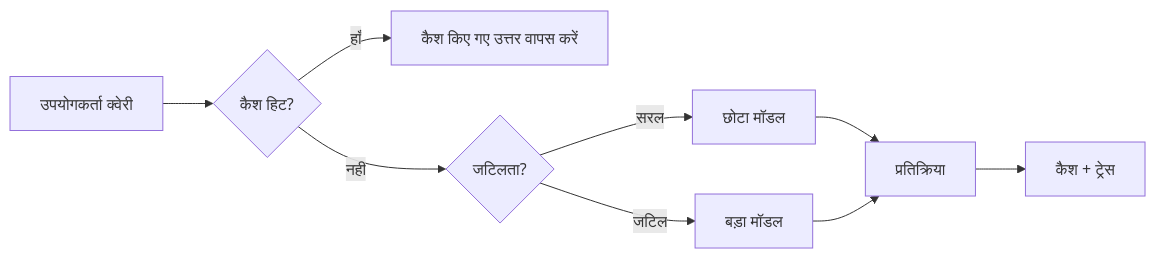
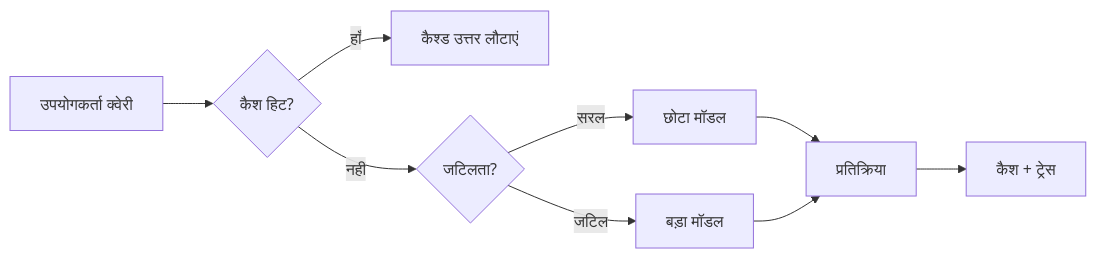
Before and after one commit to gabrielmoreira/agent-skills-mirror: the third of 4 diagrams in mirrors/repos/microsoft@ai-agents-for-beginners/translations/hi/16-deploying-scalable-agents/README.md, drawn with Mermaid. The commit also changed other lines of this file and 4262 other files, not shown here.

````diff
--- a/mirrors/repos/microsoft@ai-agents-for-beginners/translations/hi/16-deploying-scalable-agents/README.md
+++ b/mirrors/repos/microsoft@ai-agents-for-beginners/translations/hi/16-deploying-scalable-agents/README.md
@@ -134,11 +134,11 @@
 ```mermaid
 flowchart LR
     Q[उपयोगकर्ता क्वेरी] --> C{कैश हिट?}
-    C -->|हाँ| R[कैश किए गए उत्तर वापस करें]
+    C -->|हाँ| R[कैश्ड उत्तर लौटाएं]
     C -->|नहीं| Router{जटिलता?}
     Router -->|सरल| SLM[छोटा मॉडल]
     Router -->|जटिल| LLM[बड़ा मॉडल]
     SLM --> Out[प्रतिक्रिया]
     LLM --> Out
     Out --> Store[कैश + ट्रेस]
 ```
````
